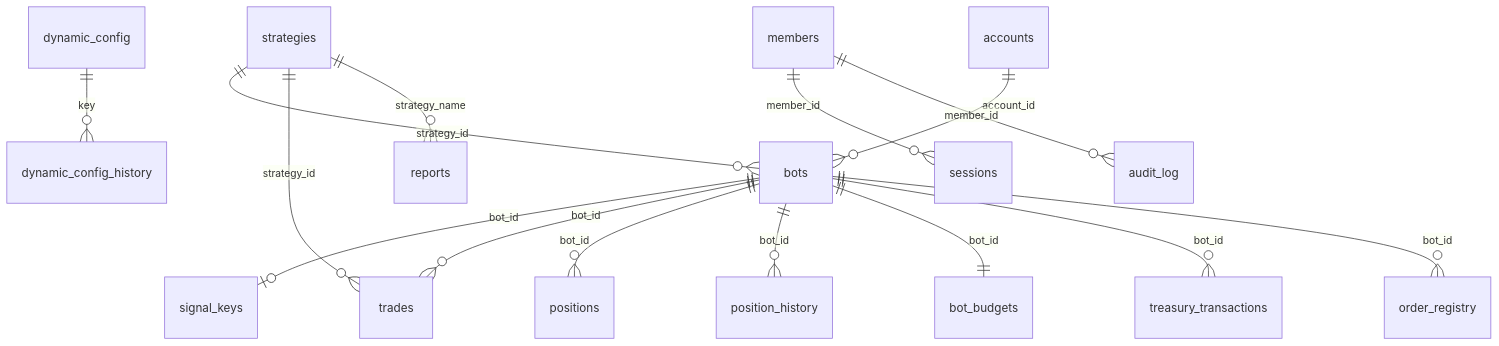
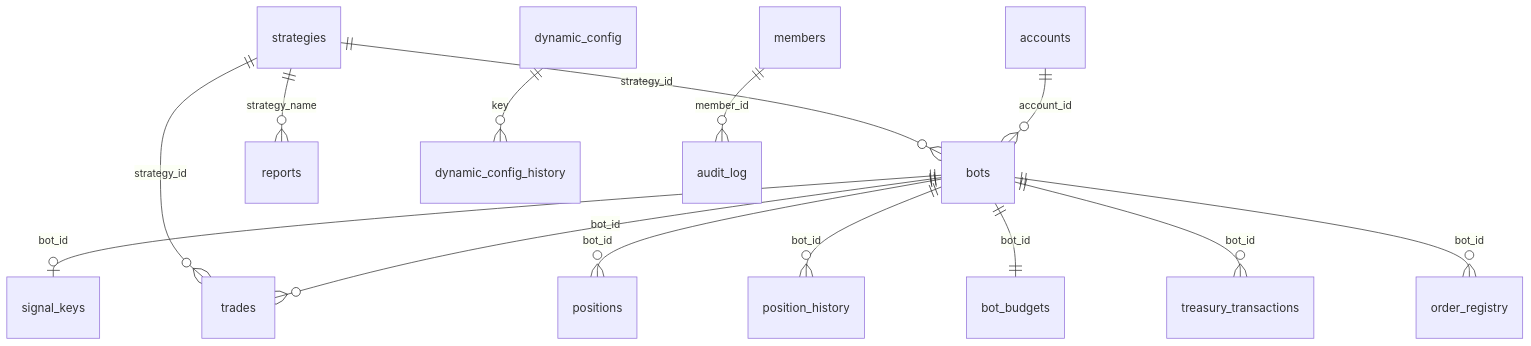
Before and after one commit to joshua-jingu-lee/ante: the diagram in docs/architecture/generated/db-schema.md, drawn with Mermaid. The commit also changed other lines of this file and 419 other files, not shown here.

````diff
--- a/docs/architecture/generated/db-schema.md
+++ b/docs/architecture/generated/db-schema.md
@@ -24,17 +24,16 @@
 ```mermaid
 erDiagram
     accounts ||--o{ bots : "account_id"
     bots ||--o| signal_keys : "bot_id"
     bots ||--o{ trades : "bot_id"
     bots ||--o{ positions : "bot_id"
     bots ||--o{ position_history : "bot_id"
     bots ||--|| bot_budgets : "bot_id"
     bots ||--o{ treasury_transactions : "bot_id"
     bots ||--o{ order_registry : "bot_id"
     strategies ||--o{ bots : "strategy_id"
     strategies ||--o{ trades : "strategy_id"
     strategies ||--o{ reports : "strategy_name"
     dynamic_config ||--o{ dynamic_config_history : "key"
-    members ||--o{ sessions : "member_id"
     members ||--o{ audit_log : "member_id"
 ```
````
